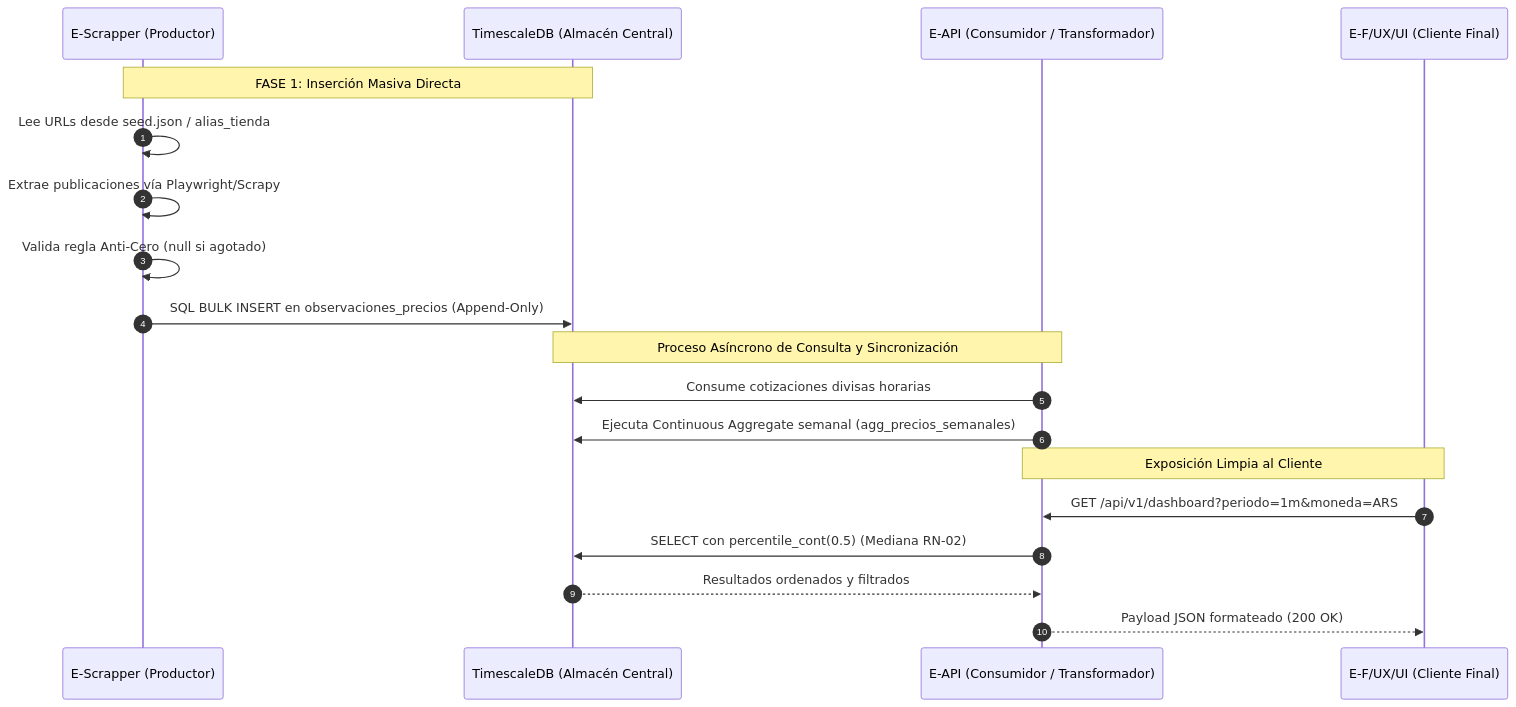
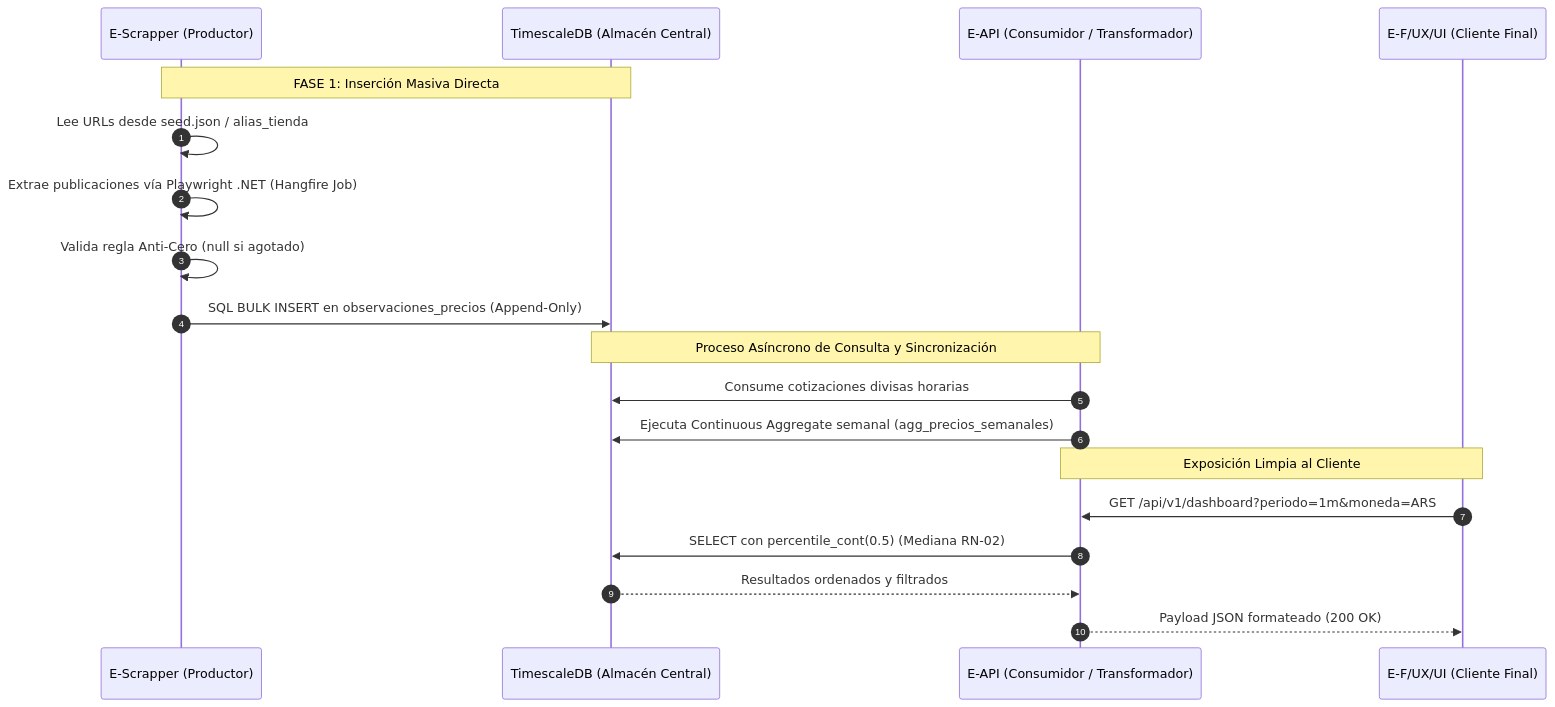
The second of 3 diagrams in docs/01-analisis/05-Software-Architecture-Pipeline.md (Alejoho/S10-26-E2-PriceScope_Practice), drawn with Mermaid before and after one commit. The commit also changed other lines of this file and 2 other files, not shown here.

Commit message:
feat: update architecture documentation to reflect changes in technology stack and implementation details for scrapers, API, and frontend

````diff
--- a/docs/01-analisis/05-Software-Architecture-Pipeline.md
+++ b/docs/01-analisis/05-Software-Architecture-Pipeline.md
@@ -181,24 +181,24 @@
 ```mermaid
 sequenceDiagram
     autonumber
     participant SC as E-Scrapper (Productor)
     participant DB as TimescaleDB (Almacén Central)
     participant AP as E-API (Consumidor / Transformador)
     participant UI as E-F/UX/UI (Cliente Final)
 
     Note over SC,DB: FASE 1: Inserción Masiva Directa
     SC->>SC: Lee URLs desde seed.json / alias_tienda
-    SC->>SC: Extrae publicaciones vía Playwright/Scrapy
+    SC->>SC: Extrae publicaciones vía Playwright .NET (Hangfire Job)
     SC->>SC: Valida regla Anti-Cero (null si agotado)
     SC->>DB: SQL BULK INSERT en observaciones_precios (Append-Only)
     
     Note over DB,AP: Proceso Asíncrono de Consulta y Sincronización
     AP->>DB: Consume cotizaciones divisas horarias
     AP->>DB: Ejecuta Continuous Aggregate semanal (agg_precios_semanales)
     
     Note over AP,UI: Exposición Limpia al Cliente
     UI->>AP: GET /api/v1/dashboard?periodo=1m&moneda=ARS
     AP->>DB: SELECT con percentile_cont(0.5) (Mediana RN-02)
     DB-->>AP: Resultados ordenados y filtrados
     AP-->>UI: Payload JSON formateado (200 OK)
 ```
````
